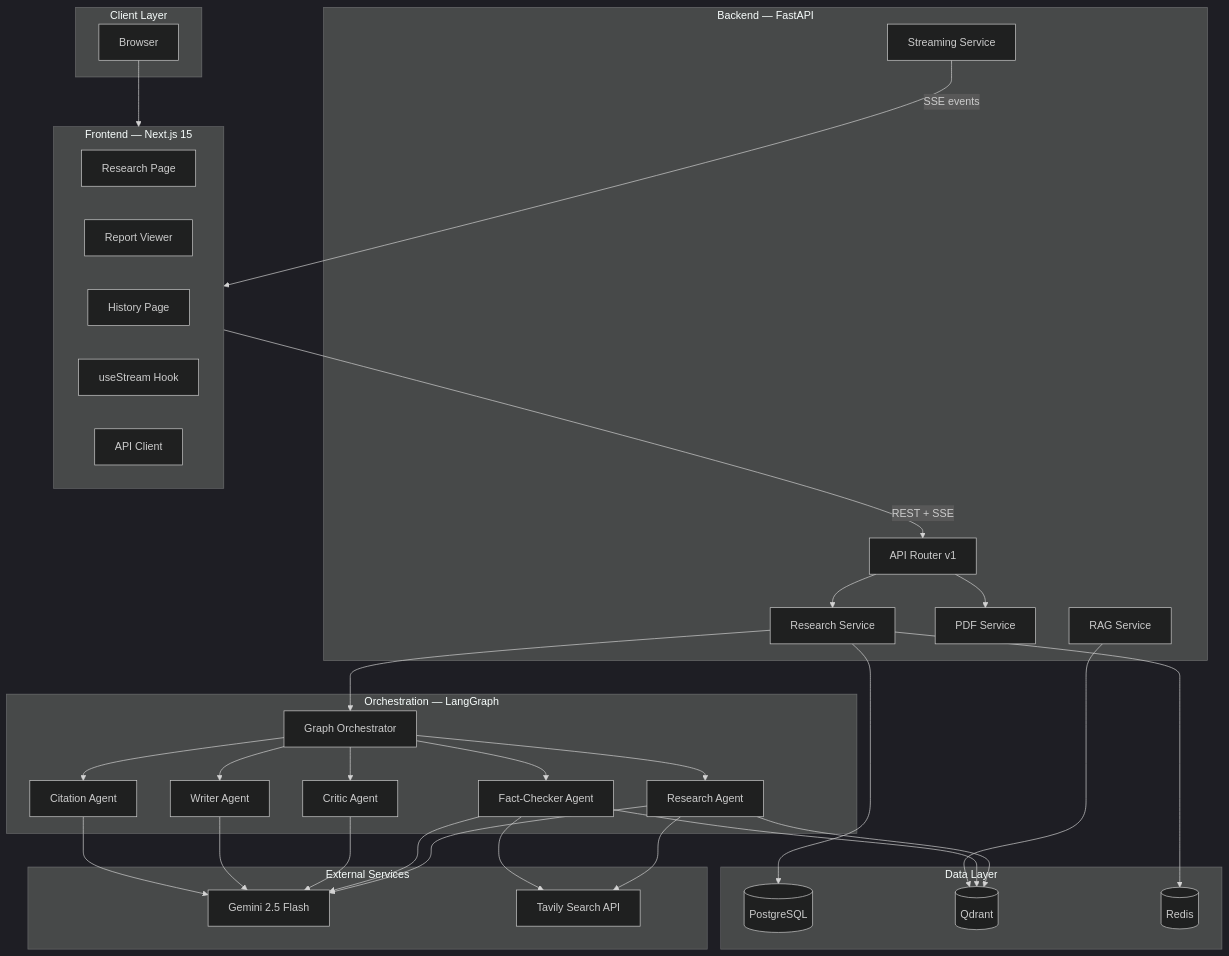
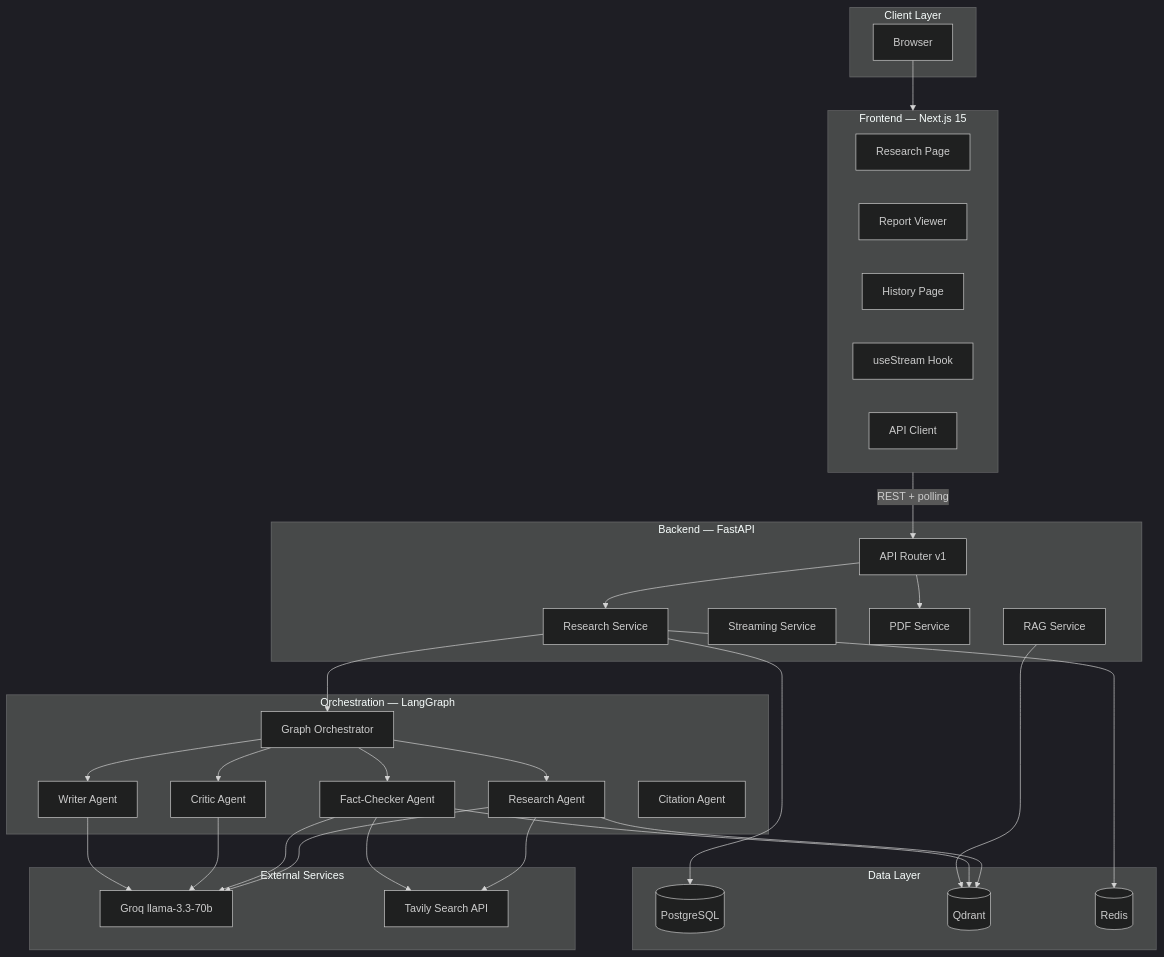
One commit to ShantanuRamavat/LitReviewer changed the first of 29 diagrams in docs/system-design.md. Above: the diagram before and after it, drawn with Mermaid (dark theme). The commit also changed other lines of this file, not shown here.

````diff
--- a/docs/system-design.md
+++ b/docs/system-design.md
@@ -34,61 +34,59 @@
 ```mermaid
 graph TB
     subgraph CLIENT["Client Layer"]
         B[Browser]
     end
 
     subgraph FRONTEND["Frontend — Next.js 15"]
         UI_RESEARCH[Research Page]
         UI_REPORT[Report Viewer]
         UI_HISTORY[History Page]
         SSE_HOOK[useStream Hook]
         API_CLIENT[API Client]
     end
 
     subgraph BACKEND["Backend — FastAPI"]
         ROUTER[API Router v1]
         RESEARCH_SVC[Research Service]
         STREAM_SVC[Streaming Service]
         PDF_SVC[PDF Service]
         RAG_SVC[RAG Service]
     end
 
     subgraph GRAPH["Orchestration — LangGraph"]
         ORCHESTRATOR[Graph Orchestrator]
         R_AGENT[Research Agent]
         FC_AGENT[Fact-Checker Agent]
         CR_AGENT[Critic Agent]
         W_AGENT[Writer Agent]
         CI_AGENT[Citation Agent]
     end
 
     subgraph DATA["Data Layer"]
         PG[(PostgreSQL)]
         QD[(Qdrant)]
         RD[(Redis)]
     end
 
     subgraph EXTERNAL["External Services"]
-        GEMINI[Gemini 2.5 Flash]
+        GROQ[Groq llama-3.3-70b]
         TAVILY[Tavily Search API]
     end
 
     B --> FRONTEND
-    FRONTEND -->|REST + SSE| ROUTER
+    FRONTEND -->|REST + polling| ROUTER
     ROUTER --> RESEARCH_SVC
     ROUTER --> PDF_SVC
     RESEARCH_SVC --> ORCHESTRATOR
     ORCHESTRATOR --> R_AGENT
     ORCHESTRATOR --> FC_AGENT
     ORCHESTRATOR --> CR_AGENT
     ORCHESTRATOR --> W_AGENT
-    ORCHESTRATOR --> CI_AGENT
     R_AGENT --> TAVILY
     FC_AGENT --> TAVILY
     R_AGENT & FC_AGENT --> QD
-    R_AGENT & FC_AGENT & CR_AGENT & W_AGENT & CI_AGENT --> GEMINI
+    R_AGENT & FC_AGENT & CR_AGENT & W_AGENT --> GROQ
     RESEARCH_SVC --> PG
     RESEARCH_SVC --> RD
     RAG_SVC --> QD
-    STREAM_SVC -->|SSE events| FRONTEND
 ```
````
